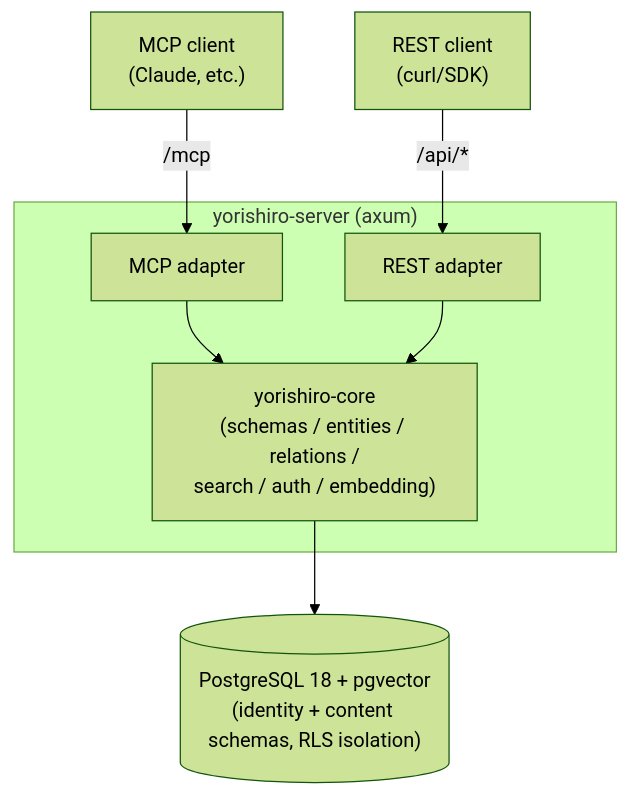
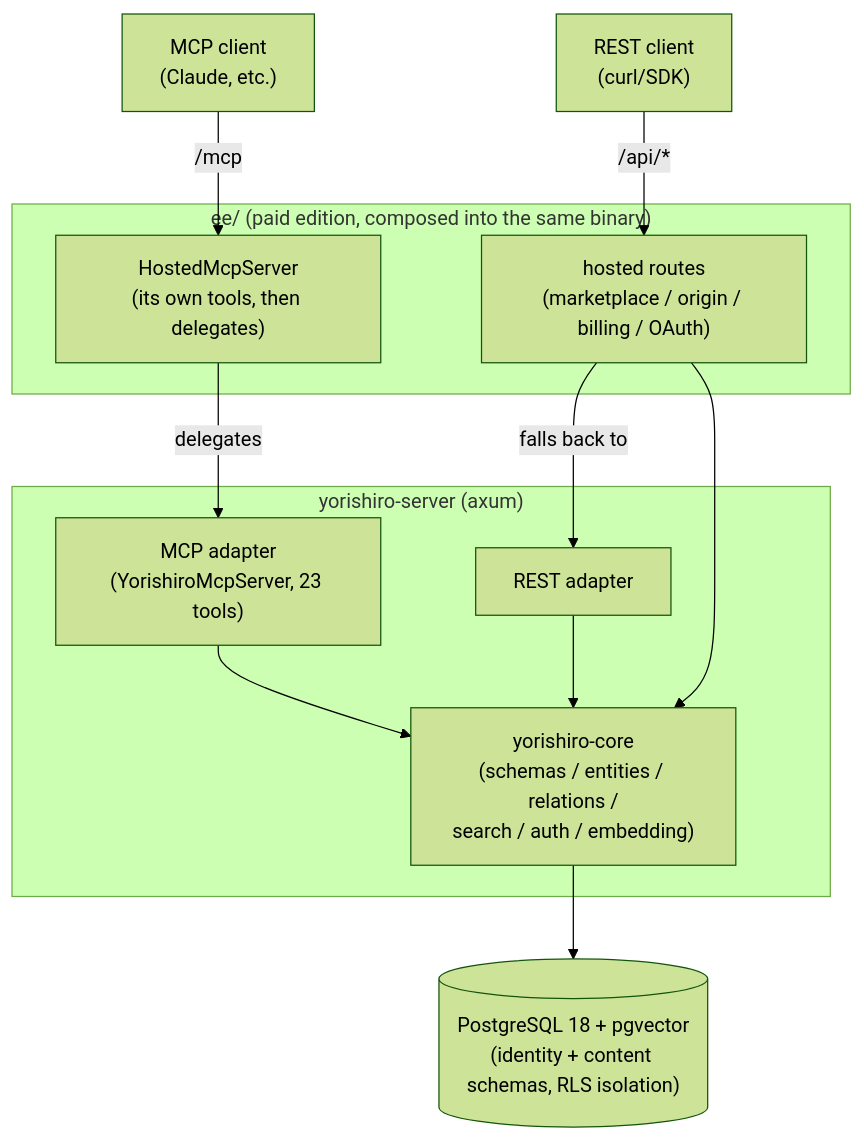
The first of 3 diagrams in README.md (yorishiro-ai/yorishiro), drawn with Mermaid (forest theme) before and after one commit. The commit also changed other lines of this file and 3 other files, not shown here.

First line of the commit message:
Give each edition a README, and correct the architecture diagram

````diff
--- a/README.md
+++ b/README.md
@@ -12,19 +12,27 @@
 ```mermaid
 flowchart TD
     MCPClient["MCP client<br/>(Claude, etc.)"]
     RESTClient["REST client<br/>(curl/SDK)"]
 
+    subgraph Paid["ee/ (paid edition, composed into the same binary)"]
+        HostedMCP["HostedMcpServer<br/>(its own tools, then delegates)"]
+        HostedREST["hosted routes<br/>(marketplace / origin / billing / OAuth)"]
+    end
+
     subgraph Server["yorishiro-server (axum)"]
-        MCPAdapter["MCP adapter"]
+        MCPAdapter["MCP adapter<br/>(YorishiroMcpServer, 23 tools)"]
         RESTAdapter["REST adapter"]
         Core["yorishiro-core<br/>(schemas / entities / relations /<br/>search / auth / embedding)"]
         MCPAdapter --> Core
         RESTAdapter --> Core
     end
 
     DB[("PostgreSQL 18 + pgvector<br/>(identity + content schemas, RLS isolation)")]
 
-    MCPClient -->|"/mcp"| MCPAdapter
-    RESTClient -->|"/api/*"| RESTAdapter
+    MCPClient -->|"/mcp"| HostedMCP
+    RESTClient -->|"/api/*"| HostedREST
+    HostedMCP -->|"delegates"| MCPAdapter
+    HostedREST -->|"falls back to"| RESTAdapter
+    HostedREST --> Core
     Core --> DB
 ```
````
